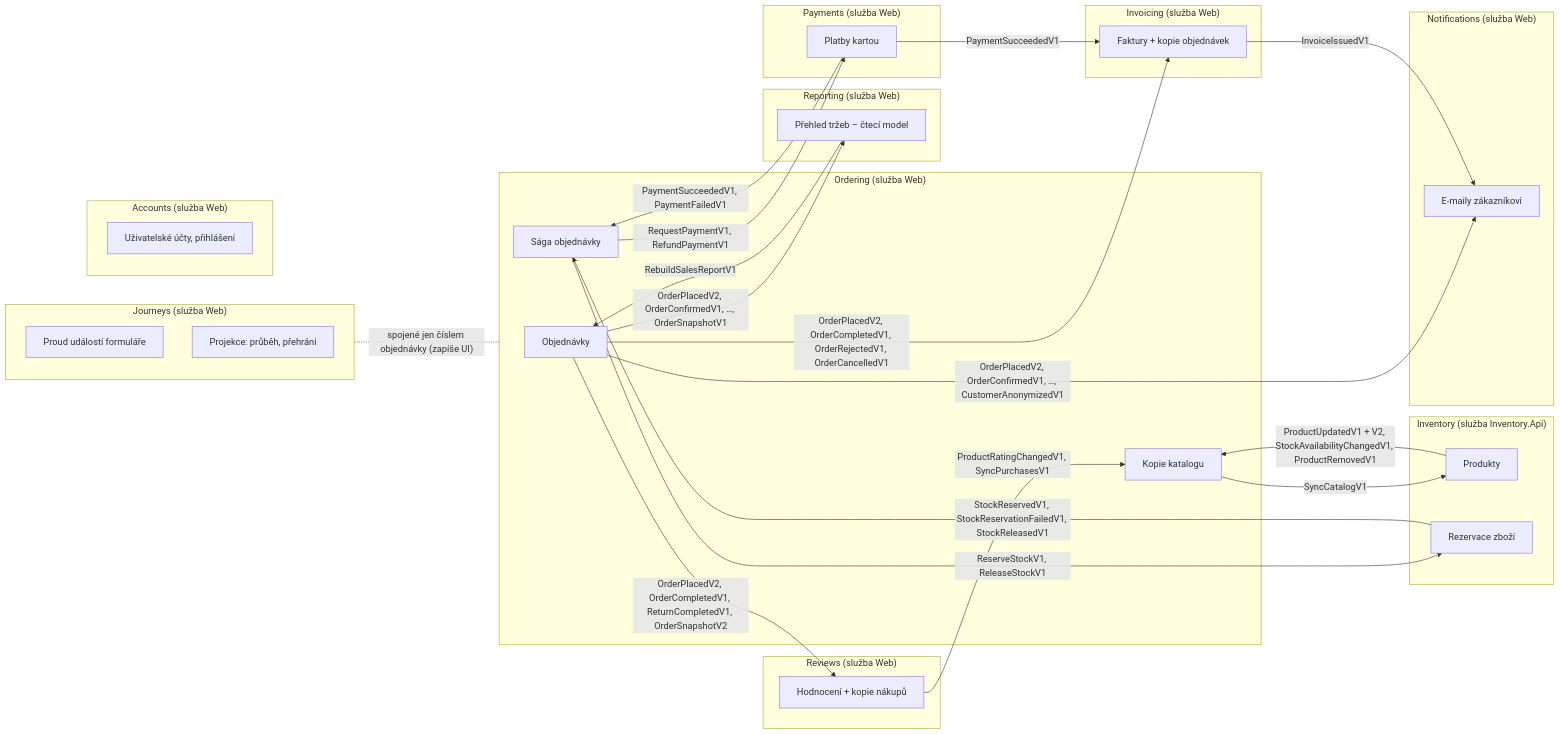
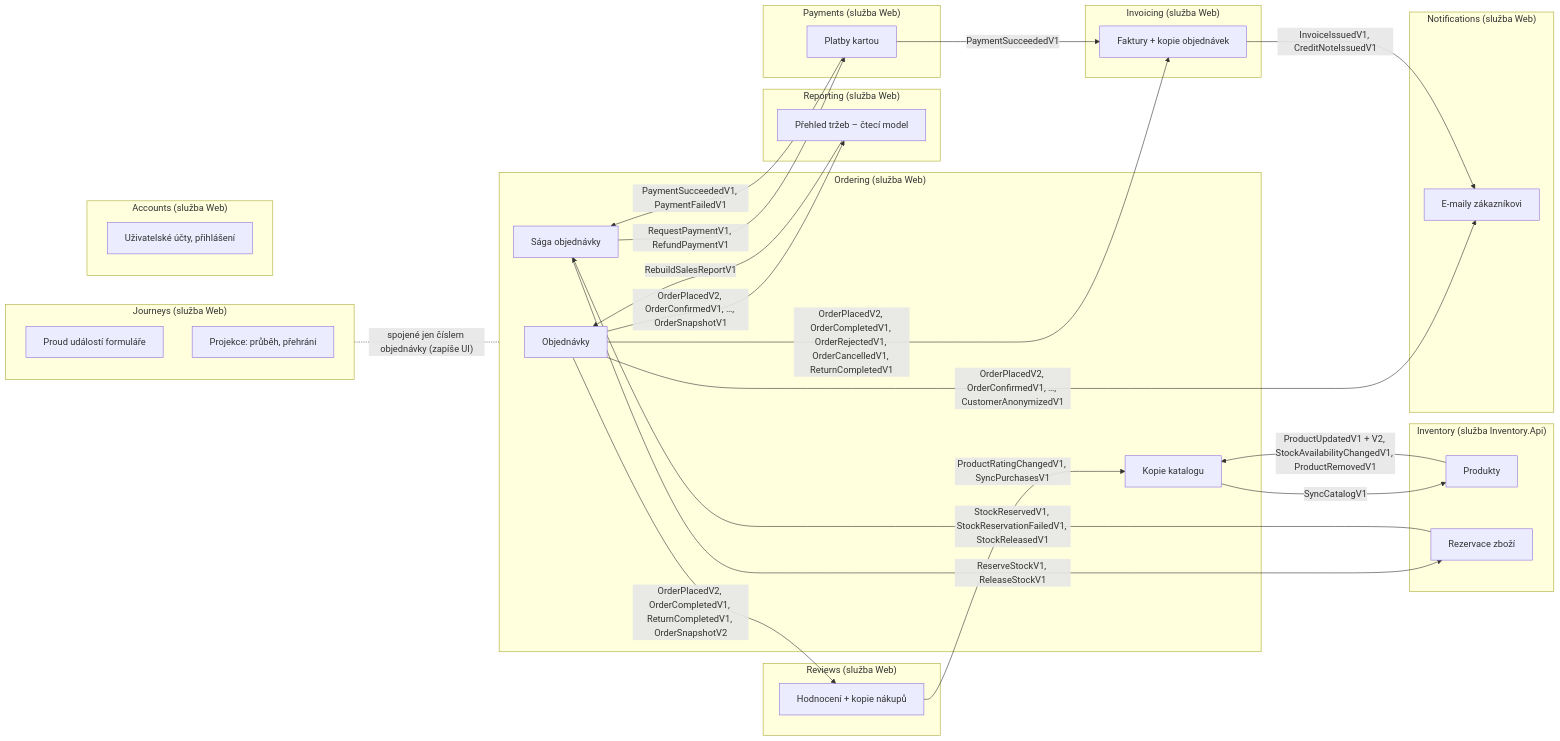
The diagram in docs/prirucka/architektura/moduly/index.md (ftichy/MiniShop), drawn with Mermaid before and after one commit. The commit also changed other lines of this file and 42 other files, not shown here.

````diff
--- a/docs/prirucka/architektura/moduly/index.md
+++ b/docs/prirucka/architektura/moduly/index.md
@@ -12,65 +12,65 @@
 ```mermaid
 flowchart LR
     subgraph ord["Ordering (služba Web)"]
         o1[Objednávky]
         o2[Sága objednávky]
         o3[Kopie katalogu]
     end
     subgraph inv["Inventory (služba Inventory.Api)"]
         i1[Produkty]
         i2[Rezervace zboží]
     end
     subgraph jou["Journeys (služba Web)"]
         j1[Proud událostí formuláře]
         j2[Projekce: průběh, přehrání]
     end
 
     o2 -->|"ReserveStockV1, ReleaseStockV1"| i2
     i2 -->|"StockReservedV1, StockReservationFailedV1, StockReleasedV1"| o2
     i1 -->|"ProductUpdatedV1 + V2, StockAvailabilityChangedV1, ProductRemovedV1"| o3
     o3 -->|SyncCatalogV1| i1
     subgraph acc["Accounts (služba Web)"]
         a1[Uživatelské účty, přihlášení]
     end
     subgraph ntf["Notifications (služba Web)"]
         n1[E-maily zákazníkovi]
     end
     subgraph pay["Payments (služba Web)"]
         p1[Platby kartou]
     end
     o2 -->|"RequestPaymentV1, RefundPaymentV1"| p1
     p1 -->|"PaymentSucceededV1, PaymentFailedV1"| o2
     o1 -->|"OrderPlacedV2, OrderConfirmedV1, …, CustomerAnonymizedV1"| n1
     subgraph rep["Reporting (služba Web)"]
         r1[Přehled tržeb – čtecí model]
     end
     o1 -->|"OrderPlacedV2, OrderConfirmedV1, …, OrderSnapshotV1"| r1
     r1 -->|RebuildSalesReportV1| o1
     subgraph rev["Reviews (služba Web)"]
         v1[Hodnocení + kopie nákupů]
     end
     o1 -->|"OrderPlacedV2, OrderCompletedV1, ReturnCompletedV1, OrderSnapshotV2"| v1
     v1 -->|"ProductRatingChangedV1, SyncPurchasesV1"| o3
     subgraph fak["Invoicing (služba Web)"]
         f1[Faktury + kopie objednávek]
     end
-    o1 -->|"OrderPlacedV2, OrderCompletedV1, OrderRejectedV1, OrderCancelledV1"| f1
+    o1 -->|"OrderPlacedV2, OrderCompletedV1, OrderRejectedV1, OrderCancelledV1, ReturnCompletedV1"| f1
     p1 -->|PaymentSucceededV1| f1
-    f1 -->|InvoiceIssuedV1| n1
+    f1 -->|"InvoiceIssuedV1, CreditNoteIssuedV1"| n1
 
     jou -.-|"spojené jen číslem objednávky (zapíše UI)"| ord
 
     click o2 "/Docs/eda/saga"
     click o3 "/Docs/eda/kopie-katalogu"
     click j1 "/Docs/eda/proud-udalosti"
     click o1 "/Docs/architektura/moduly/ordering"
     click i1 "/Docs/architektura/moduly/inventory"
     click i2 "/Docs/architektura/moduly/inventory"
     click j2 "/Docs/architektura/moduly/journeys"
     click a1 "/Docs/architektura/moduly/accounts"
     click n1 "/Docs/architektura/moduly/notifications"
     click p1 "/Docs/architektura/moduly/payments"
     click r1 "/Docs/architektura/moduly/reporting"
     click v1 "/Docs/architektura/moduly/reviews"
     click f1 "/Docs/architektura/moduly/invoicing"
 ```
````
